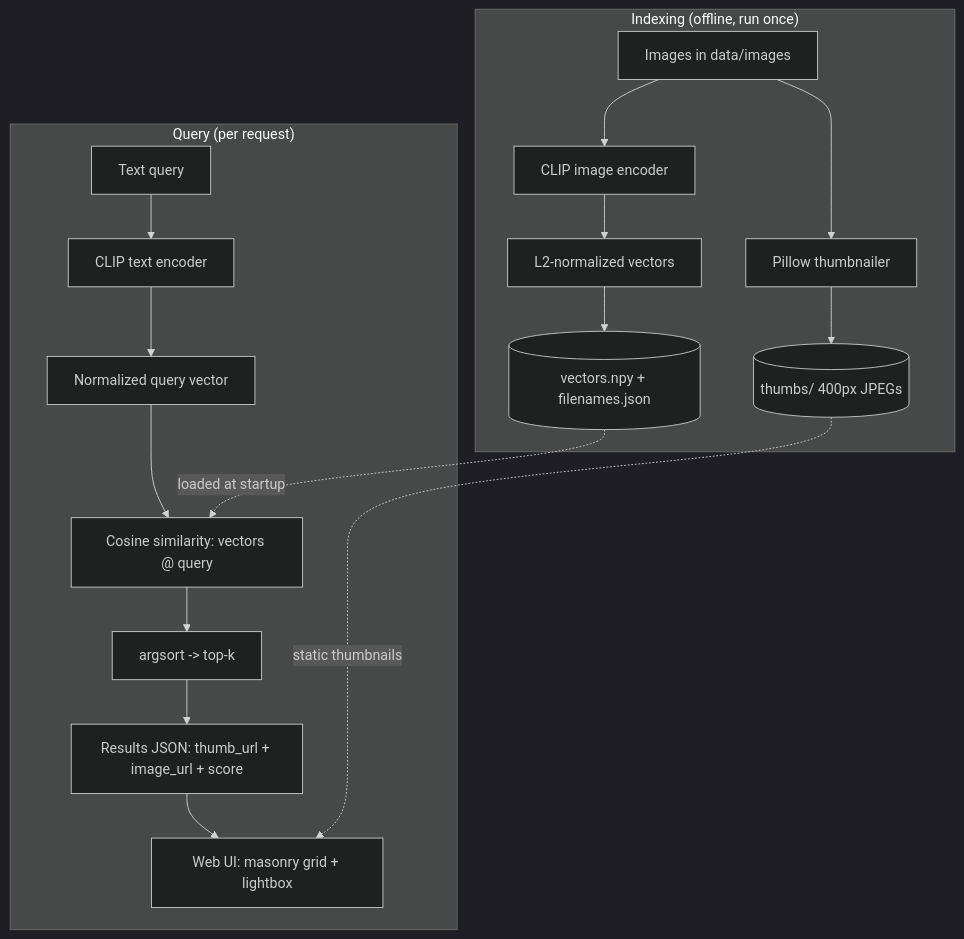
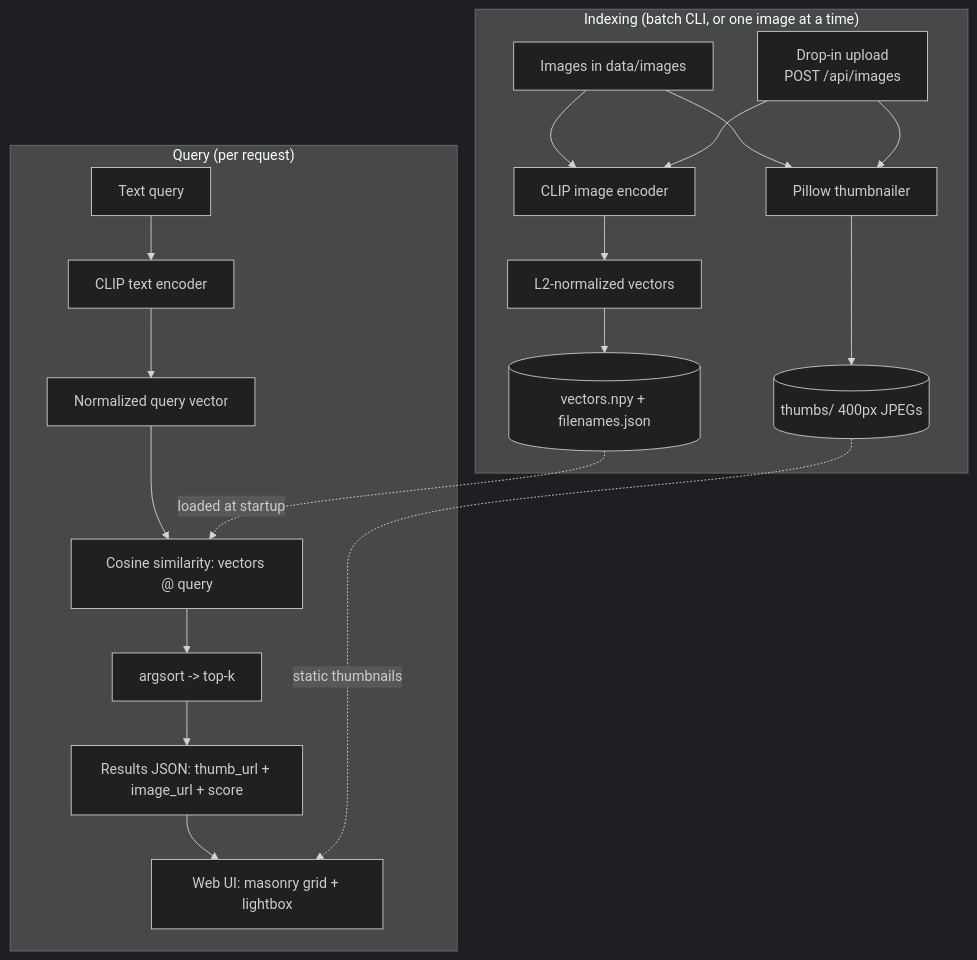
One commit to ingimar-eyfjord/image-semantic-search changed the diagram in README.md. Above: the diagram before and after it, drawn with Mermaid (dark theme). The commit also changed other lines of this file and 2 other files, not shown here.

First line of the commit message:
refactor: simplify update_index, dedupe drop-zone class; tighten README

````diff
--- a/README.md
+++ b/README.md
@@ -100,21 +105,23 @@
 ```mermaid
 flowchart TD
-    subgraph Indexing["Indexing (offline, run once)"]
+    subgraph Indexing["Indexing (batch CLI, or one image at a time)"]
         A[Images in data/images] --> B[CLIP image encoder]
+        U[Drop-in upload<br/>POST /api/images] --> B
         B --> C[L2-normalized vectors]
         C --> D[(vectors.npy + filenames.json)]
         A --> E[Pillow thumbnailer]
+        U --> E
         E --> F[(thumbs/ 400px JPEGs)]
     end
 
     subgraph Query["Query (per request)"]
         G[Text query] --> H[CLIP text encoder]
         H --> I[Normalized query vector]
         I --> J["Cosine similarity: vectors @ query"]
         D -. loaded at startup .-> J
         J --> K[argsort -> top-k]
         K --> L[Results JSON: thumb_url + image_url + score]
         L --> M[Web UI: masonry grid + lightbox]
         F -. static thumbnails .-> M
     end
 ```
````
